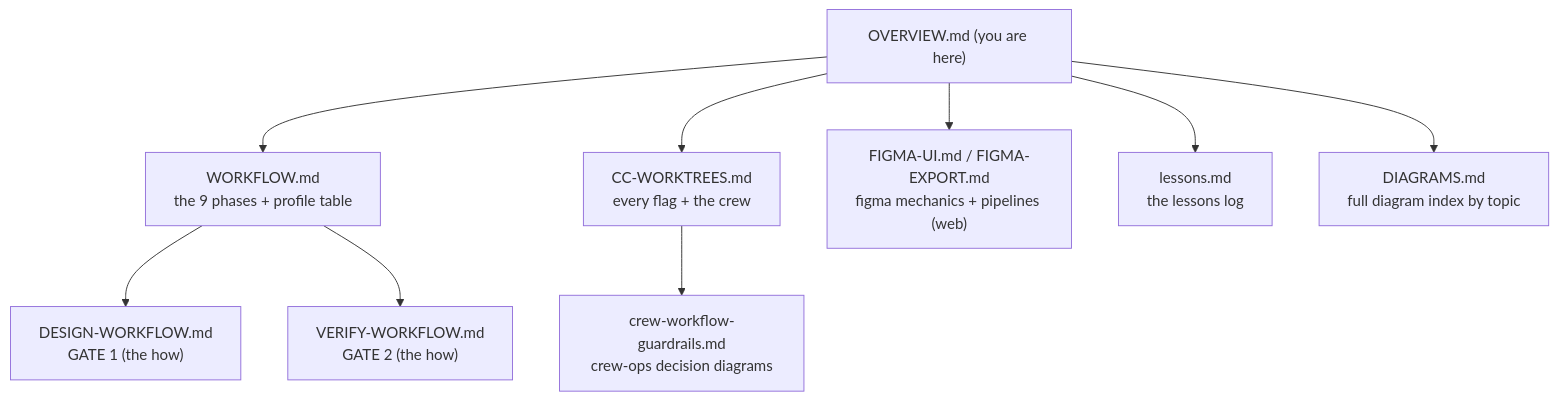
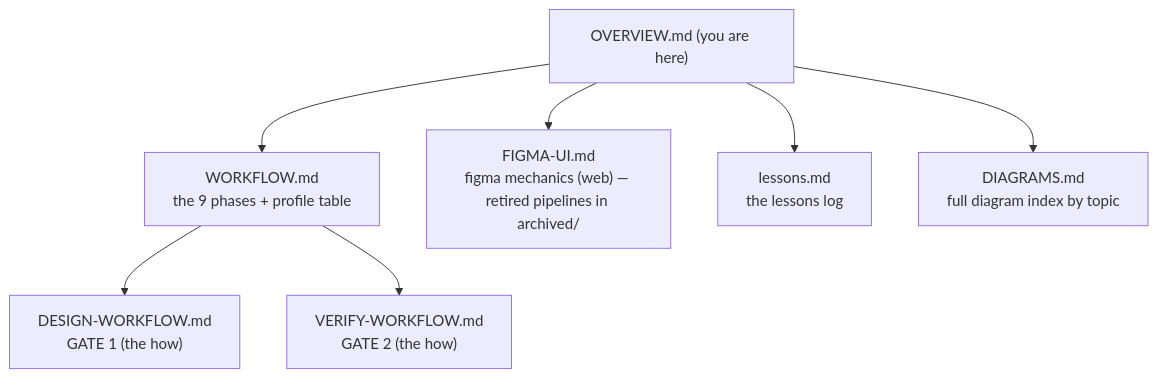
Diagram 15 of 15 in docs/OVERVIEW.md (HenriGeorge/AutoCue), drawn with Mermaid before and after one commit. The commit also changed other lines of this file and 60 other files, not shown here.

````diff
--- a/docs/OVERVIEW.md
+++ b/docs/OVERVIEW.md
@@ -316,12 +309,10 @@
 ```mermaid
 flowchart TD
     O["OVERVIEW.md (you are here)"]
     O --> WF["WORKFLOW.md<br/>the 9 phases + profile table"]
     WF --> DW["DESIGN-WORKFLOW.md<br/>GATE 1 (the how)"]
     WF --> VW["VERIFY-WORKFLOW.md<br/>GATE 2 (the how)"]
-    O --> CW["CC-WORKTREES.md<br/>every flag + the crew"]
-    CW --> GR["crew-workflow-guardrails.md<br/>crew-ops decision diagrams"]
-    O --> FU["FIGMA-UI.md / FIGMA-EXPORT.md<br/>figma mechanics + pipelines (web)"]
+    O --> FU["FIGMA-UI.md<br/>figma mechanics (web) — retired pipelines in archived/"]
     O --> LL["lessons.md<br/>the lessons log"]
     O --> DG["DIAGRAMS.md<br/>full diagram index by topic"]
 ```
````
